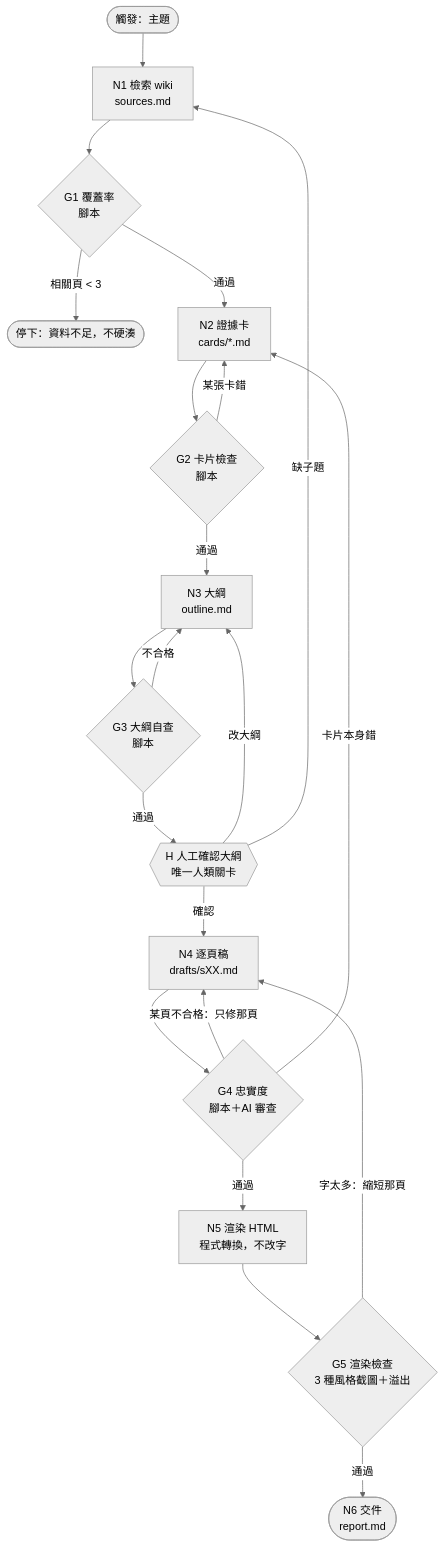
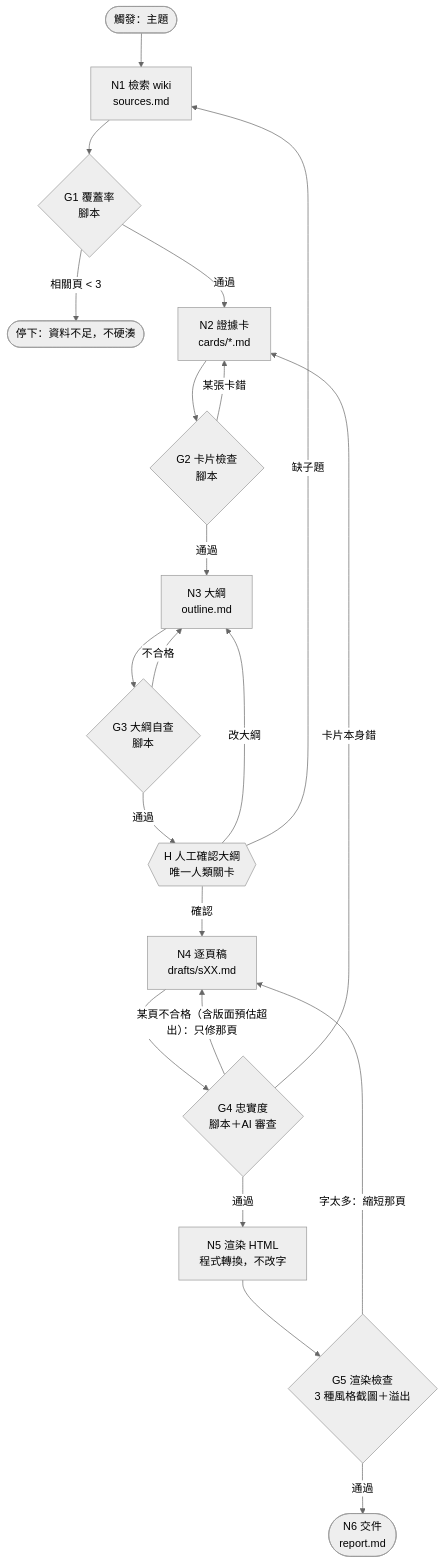
One commit to Dipo221/agent-llm-wiki changed the diagram in workflows/topic-slides.md. Above: the diagram before and after it, drawn with Mermaid (neutral theme). The commit also changed other lines of this file and 82 other files, not shown here.

````diff
--- a/workflows/topic-slides.md
+++ b/workflows/topic-slides.md
@@ -9,23 +9,23 @@
 ```mermaid
 flowchart TD
     T([觸發：主題]) --> N1[N1 檢索 wiki<br/>sources.md]
     N1 --> G1{G1 覆蓋率<br/>腳本}
     G1 -- 相關頁 < 3 --> STOP([停下：資料不足，不硬湊])
     G1 -- 通過 --> N2[N2 證據卡<br/>cards/*.md]
     N2 --> G2{G2 卡片檢查<br/>腳本}
     G2 -- 某張卡錯 --> N2
     G2 -- 通過 --> N3[N3 大綱<br/>outline.md]
     N3 --> G3{G3 大綱自查<br/>腳本}
     G3 -- 不合格 --> N3
     G3 -- 通過 --> H{{H 人工確認大綱<br/>唯一人類關卡}}
     H -- 改大綱 --> N3
     H -- 缺子題 --> N1
     H -- 確認 --> N4[N4 逐頁稿<br/>drafts/sXX.md]
     N4 --> G4{G4 忠實度<br/>腳本＋AI 審查}
-    G4 -- 某頁不合格：只修那頁 --> N4
+    G4 -- 某頁不合格（含版面預估超出）：只修那頁 --> N4
     G4 -- 卡片本身錯 --> N2
     G4 -- 通過 --> N5[N5 渲染 HTML<br/>程式轉換，不改字]
     N5 --> G5{G5 渲染檢查<br/>3 種風格截圖＋溢出}
     G5 -- 字太多：縮短那頁 --> N4
     G5 -- 通過 --> N6([N6 交件<br/>report.md])
 ```
````
